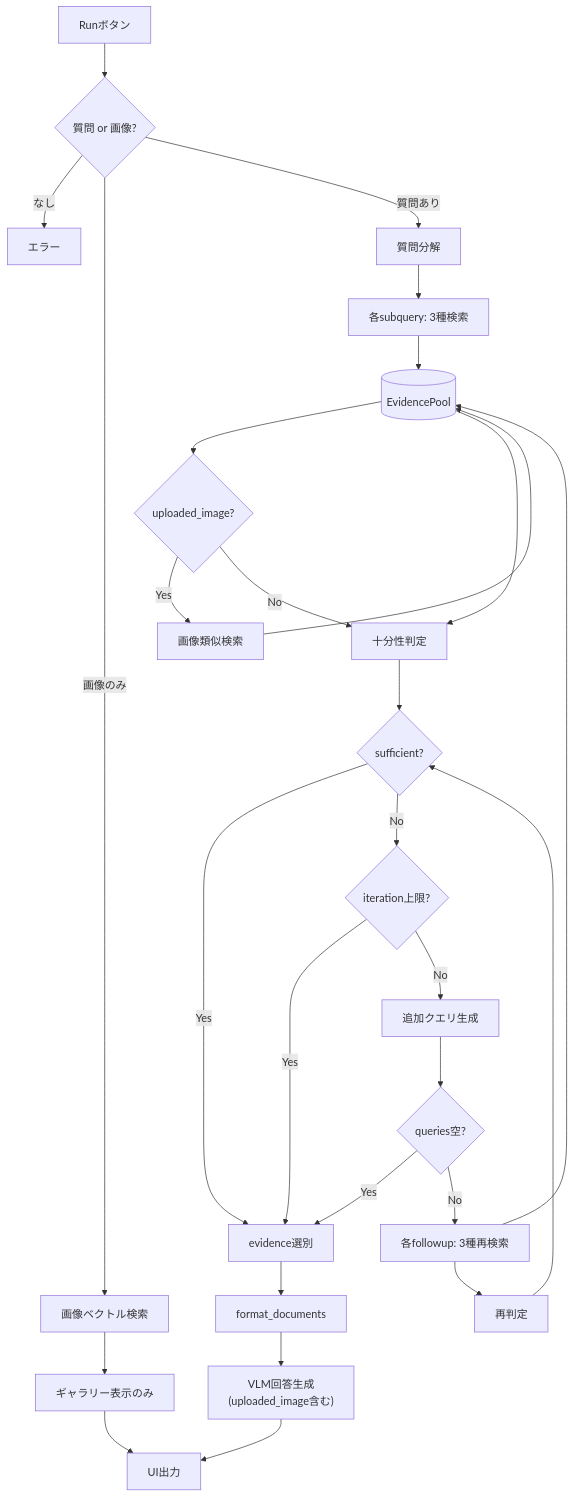
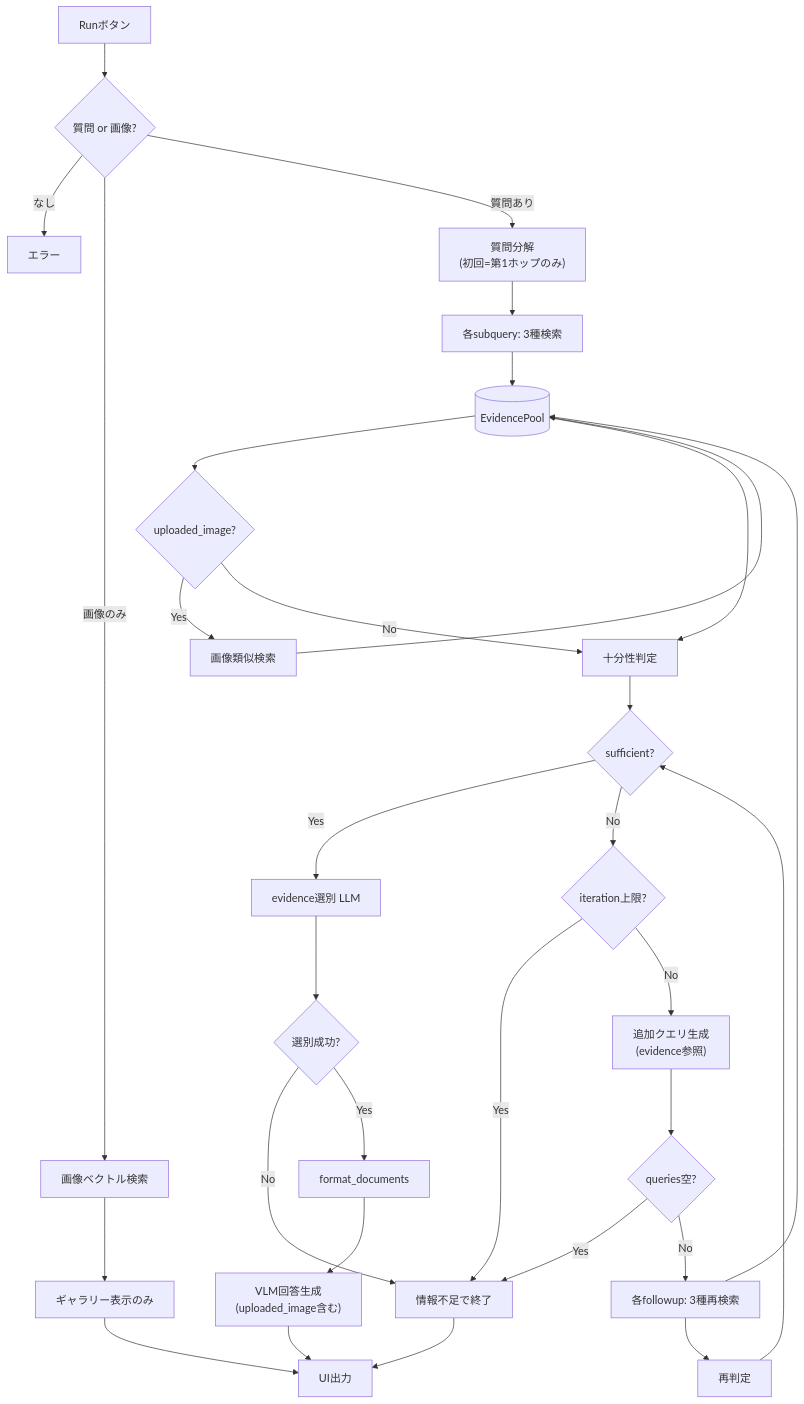
Before and after one commit to kutsushitaneko/multimodal_retrieval: the first of 4 diagrams in README.md, drawn with Mermaid. The commit also changed other lines of this file and 42 other files, not shown here.

````diff
--- a/README.md
+++ b/README.md
@@ -301,30 +309,33 @@
 ```mermaid
 flowchart TD
     Start[Runボタン] --> Gate{質問 or 画像?}
     Gate -->|なし| Err[エラー]
     Gate -->|画像のみ| ImgSearch[画像ベクトル検索]
     ImgSearch --> Gallery[ギャラリー表示のみ]
     Gallery --> End[UI出力]
-    Gate -->|質問あり| Decompose[質問分解]
+    Gate -->|質問あり| Decompose["質問分解\n(初回=第1ホップのみ)"]
     Decompose --> InitSearch["各subquery: 3種検索"]
     InitSearch --> Pool[(EvidencePool)]
     Pool --> HasImg{uploaded_image?}
     HasImg -->|Yes| ImgVec[画像類似検索]
     ImgVec --> Pool
     HasImg -->|No| Suff
     Pool --> Suff[十分性判定]
     Suff --> Loop{sufficient?}
-    Loop -->|Yes| Select[evidence選別]
+    Loop -->|Yes| Select[evidence選別 LLM]
     Loop -->|No| IterCheck{iteration上限?}
-    IterCheck -->|Yes| Select
-    IterCheck -->|No| Followup[追加クエリ生成]
+    IterCheck -->|Yes| Stop[情報不足で終了]
+    IterCheck -->|No| Followup["追加クエリ生成\n(evidence参照)"]
     Followup --> FollowupEmpty{queries空?}
-    FollowupEmpty -->|Yes| Select
+    FollowupEmpty -->|Yes| Stop
     FollowupEmpty -->|No| ReSearch["各followup: 3種再検索"]
     ReSearch --> Pool
     ReSearch --> ReSuff[再判定]
     ReSuff --> Loop
-    Select --> Format[format_documents]
+    Select --> SelectOK{選別成功?}
+    SelectOK -->|No| Stop
+    SelectOK -->|Yes| Format[format_documents]
     Format --> VLM["VLM回答生成\n(uploaded_image含む)"]
     VLM --> End
+    Stop --> End
 ```
````
